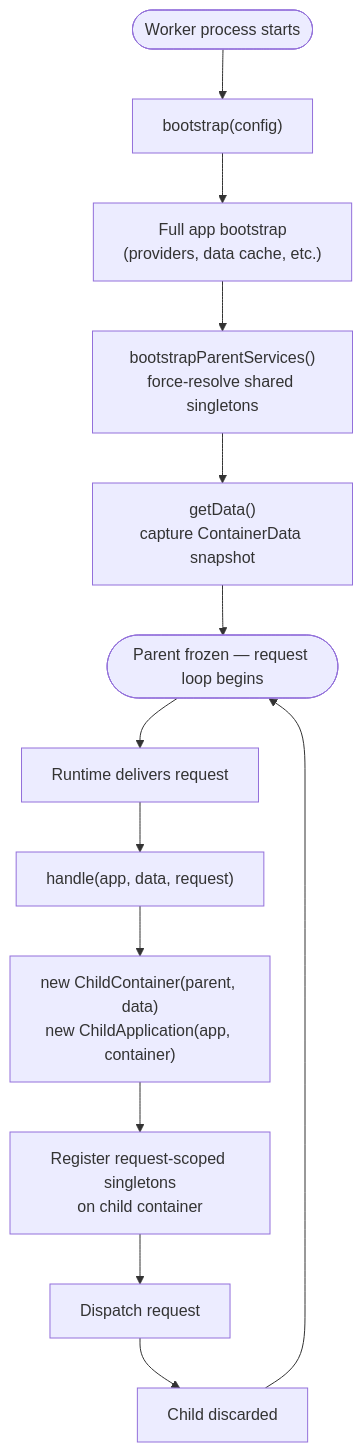
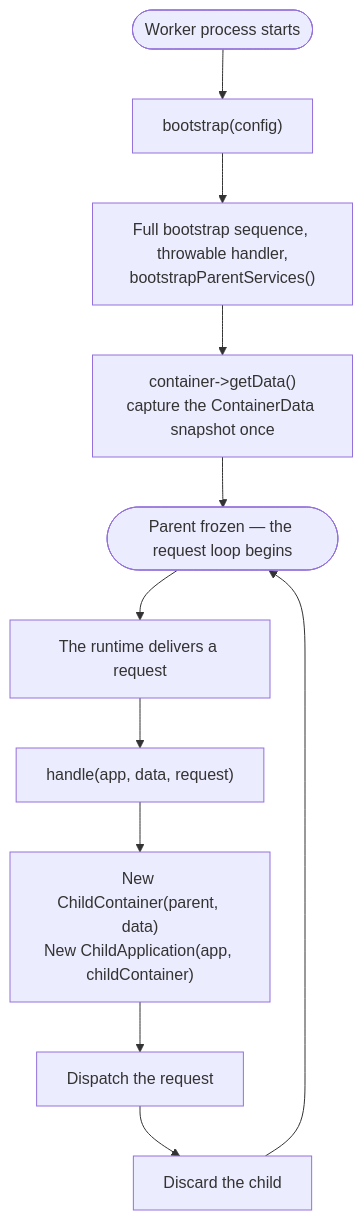
The second of 2 diagrams in src/Valkyrja/Application/README.md (valkyrjaio/valkyrja), drawn with Mermaid before and after one commit. The commit also changed other lines of this file, not shown here.

First line of the commit message:
[Application] docs: Rewrite the README to match the code (#1136)

````diff
--- a/src/Valkyrja/Application/README.md
+++ b/src/Valkyrja/Application/README.md
@@ -569,15 +767,13 @@
 ```mermaid
 flowchart TD
     A(["Worker process starts"]) --> B["bootstrap(config)"]
-    B --> C["Full app bootstrap\n(providers, data cache, etc.)"]
-    C --> D["bootstrapParentServices()\nforce-resolve shared singletons"]
-    D --> E["getData()\ncapture ContainerData snapshot"]
-    E --> F(["Parent frozen — request loop begins"])
-    F --> G["Runtime delivers request"]
-    G --> H["handle(app, data, request)"]
-    H --> I["new ChildContainer(parent, data)\nnew ChildApplication(app, container)"]
-    I --> J["Register request-scoped singletons\non child container"]
-    J --> K["Dispatch request"]
-    K --> L["Child discarded"]
-    L --> F
+    B --> C["Full bootstrap sequence, throwable handler,\nbootstrapParentServices()"]
+    C --> D["container->getData()\ncapture the ContainerData snapshot once"]
+    D --> E(["Parent frozen — the request loop begins"])
+    E --> F["The runtime delivers a request"]
+    F --> G["handle(app, data, request)"]
+    G --> H["New ChildContainer(parent, data)\nNew ChildApplication(app, childContainer)"]
+    H --> I["Dispatch the request"]
+    I --> J["Discard the child"]
+    J --> E
 ```
````
